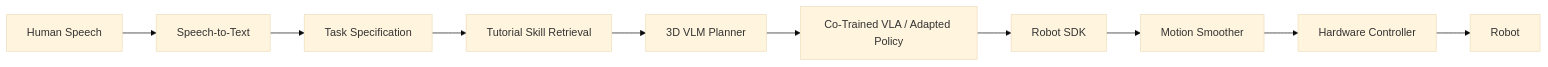
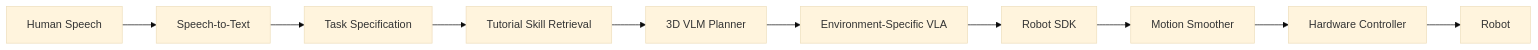
Before and after one commit to Freelunch-AI/freelunch-ide: diagram 11 of 13 in docs/specs/post-demo/lunch_robotics.md, drawn with Mermaid (base theme). The commit also changed other lines of this file, not shown here.

````diff
--- a/docs/specs/post-demo/lunch_robotics.md
+++ b/docs/specs/post-demo/lunch_robotics.md
@@ -1178,16 +1008,16 @@
 ```mermaid
 flowchart LR
     A["Human Speech"]
     --> B["Speech-to-Text"]
 
     B --> C["Task Specification"]
     C --> D["Tutorial Skill Retrieval"]
 
     D --> E["3D VLM Planner"]
-    E --> F["Co-Trained VLA / Adapted Policy"]
+    E --> F["Environment-Specific VLA"]
 
     F --> G["Robot SDK"]
     G --> H["Motion Smoother"]
     H --> I["Hardware Controller"]
     I --> J["Robot"]
 ```
````
